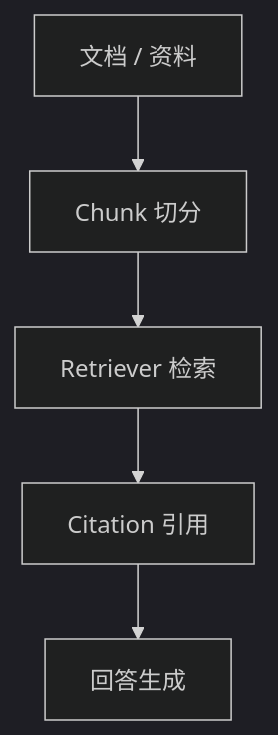
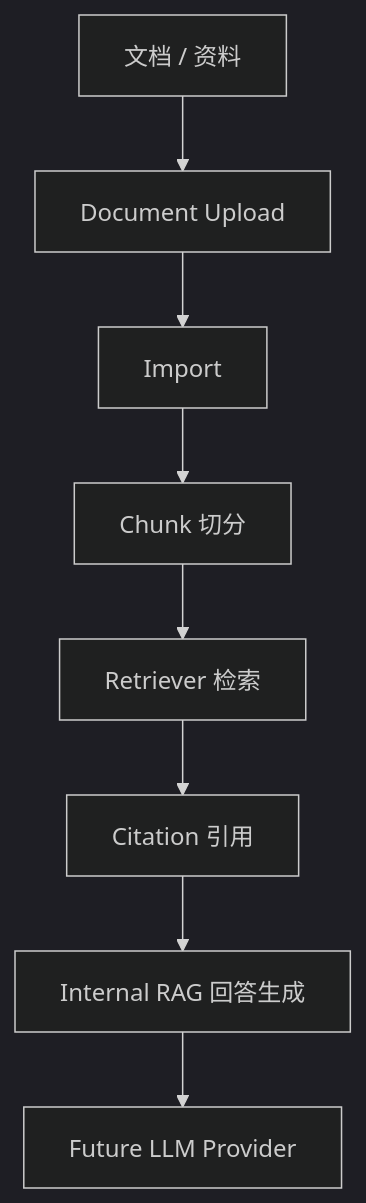
The fourth of 5 diagrams in ai-lab/ai-learn/retail-insight-ai/docs/learning/memo-01.md (kurekako2017/vscode_study), drawn with Mermaid (dark theme) before and after one commit. The commit also changed other lines of this file and 1 other file, not shown here.

````diff
--- a/ai-lab/ai-learn/retail-insight-ai/docs/learning/memo-01.md
+++ b/ai-lab/ai-learn/retail-insight-ai/docs/learning/memo-01.md
@@ -271,7 +202,10 @@
 ```mermaid
 flowchart TD
-    A[文档 / 资料] --> B[Chunk 切分]
-    B --> C[Retriever 检索]
-    C --> D[Citation 引用]
-    D --> E[回答生成]
+    A[文档 / 资料] --> B[Document Upload]
+    B --> C[Import]
+    C --> D[Chunk 切分]
+    D --> E[Retriever 检索]
+    E --> F[Citation 引用]
+    F --> G[Internal RAG 回答生成]
+    G --> H[Future LLM Provider]
 ```
````
